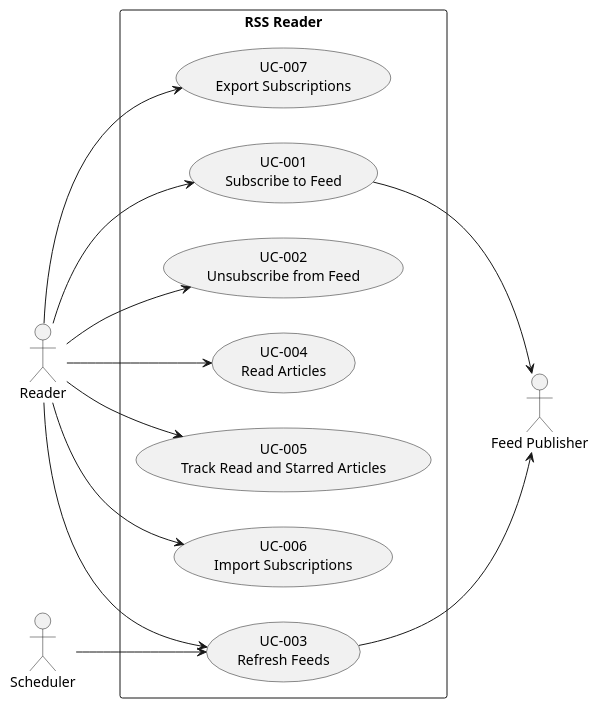
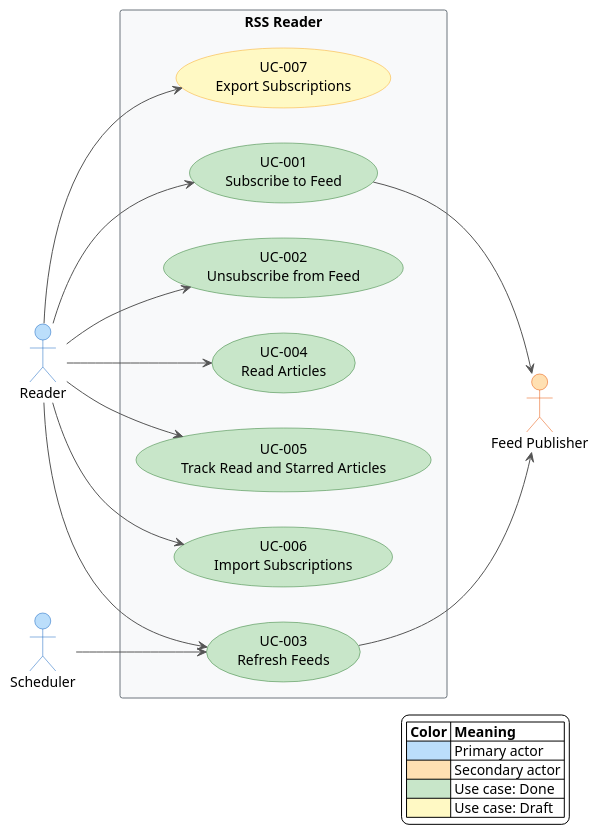
One commit to simasch/rss-reader changed the diagram in docs/use_cases.puml. Above: the diagram before and after it, drawn with PlantUML.

Commit message:
Color use case diagram by status and actor role

```diff
--- a/docs/use_cases.puml
+++ b/docs/use_cases.puml
@@ -1,30 +1,62 @@
 @startuml Use Cases Overview
 left to right direction
 
-actor "Reader" as reader
-actor "Scheduler" as scheduler
-actor "Feed Publisher" as publisher
+skinparam shadowing false
+skinparam legendBackgroundColor #FFFFFF
+skinparam ArrowColor #555555
+skinparam rectangle {
+    BackgroundColor #F8F9FA
+    BorderColor #6C757D
+}
+skinparam actor {
+    BackgroundColor<<primary>> #BBDEFB
+    BorderColor<<primary>> #1565C0
+    BackgroundColor<<secondary>> #FFE0B2
+    BorderColor<<secondary>> #E65100
+}
+skinparam usecase {
+    BackgroundColor<<Done>> #C8E6C9
+    BorderColor<<Done>> #2E7D32
+    BackgroundColor<<Draft>> #FFF9C4
+    BorderColor<<Draft>> #F9A825
+}
+hide <<primary>> stereotype
+hide <<secondary>> stereotype
+hide <<Done>> stereotype
+hide <<Draft>> stereotype
+
+actor "Reader" as reader <<primary>>
+actor "Scheduler" as scheduler <<primary>>
+actor "Feed Publisher" as publisher <<secondary>>
 
 rectangle "RSS Reader" {
-    usecase "UC-001\nSubscribe to Feed" as UC001
-    usecase "UC-002\nUnsubscribe from Feed" as UC002
-    usecase "UC-003\nRefresh Feeds" as UC003
-    usecase "UC-004\nRead Articles" as UC004
-    usecase "UC-005\nTrack Read and Starred Articles" as UC005
-    usecase "UC-006\nImport Subscriptions" as UC006
-    usecase "UC-007\nExport Subscriptions" as UC007
+    usecase "UC-001\nSubscribe to Feed" as UC001 <<Done>>
+    usecase "UC-002\nUnsubscribe from Feed" as UC002 <<Done>>
+    usecase "UC-003\nRefresh Feeds" as UC003 <<Done>>
+    usecase "UC-004\nRead Articles" as UC004 <<Done>>
+    usecase "UC-005\nTrack Read and Starred Articles" as UC005 <<Done>>
+    usecase "UC-006\nImport Subscriptions" as UC006 <<Done>>
+    usecase "UC-007\nExport Subscriptions" as UC007 <<Draft>>
 }
 
 reader --> UC001
 reader --> UC002
 reader --> UC003
 reader --> UC004
 reader --> UC005
 reader --> UC006
 reader --> UC007
 scheduler --> UC003
 
 UC001 --> publisher
 UC003 --> publisher
 
+legend right
+    |= Color |= Meaning |
+    |<#BBDEFB>     | Primary actor |
+    |<#FFE0B2>     | Secondary actor |
+    |<#C8E6C9>     | Use case: Done |
+    |<#FFF9C4>     | Use case: Draft |
+endlegend
+
 @enduml
```
